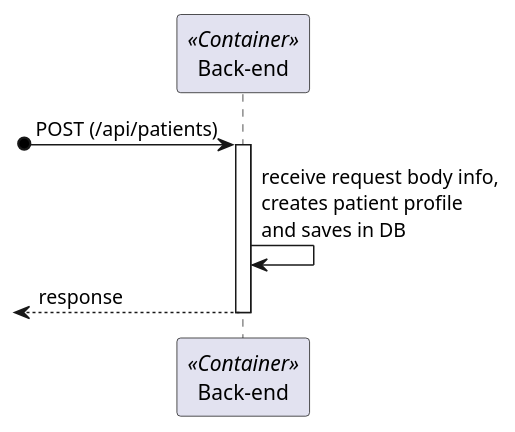
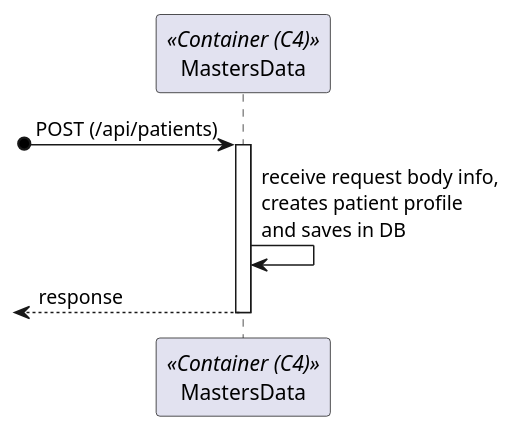
Before and after one commit to Rodrick0209/ISEP-SEM5PI-24-25: the diagram in docs/Sprint_1/US_5.1.8/L2/Process_View.puml, drawn with PlantUML. The commit also changed 3 other files, not shown here.

```diff
--- a/docs/Sprint_1/US_5.1.8/L2/Process_View.puml
+++ b/docs/Sprint_1/US_5.1.8/L2/Process_View.puml
@@ -3,9 +3,9 @@
 @startuml Process_View
-participant "Back-end" as BE <<Container>>
+participant "MastersData" as BE <<Container (C4)>>
 
 [o-> BE: POST (/api/patients)
 activate BE
 BE -> BE: receive request body info,\ncreates patient profile\nand saves in DB
 <-- BE: response
 deactivate BE
 @enduml
```
